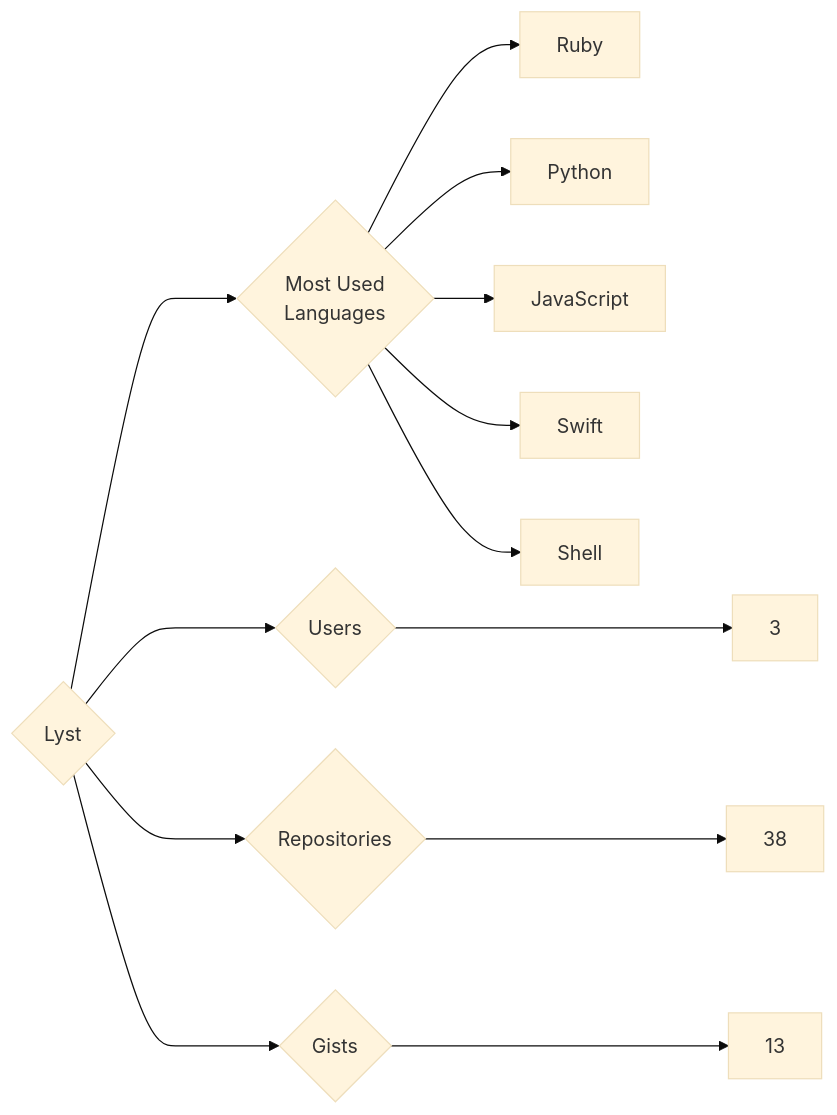
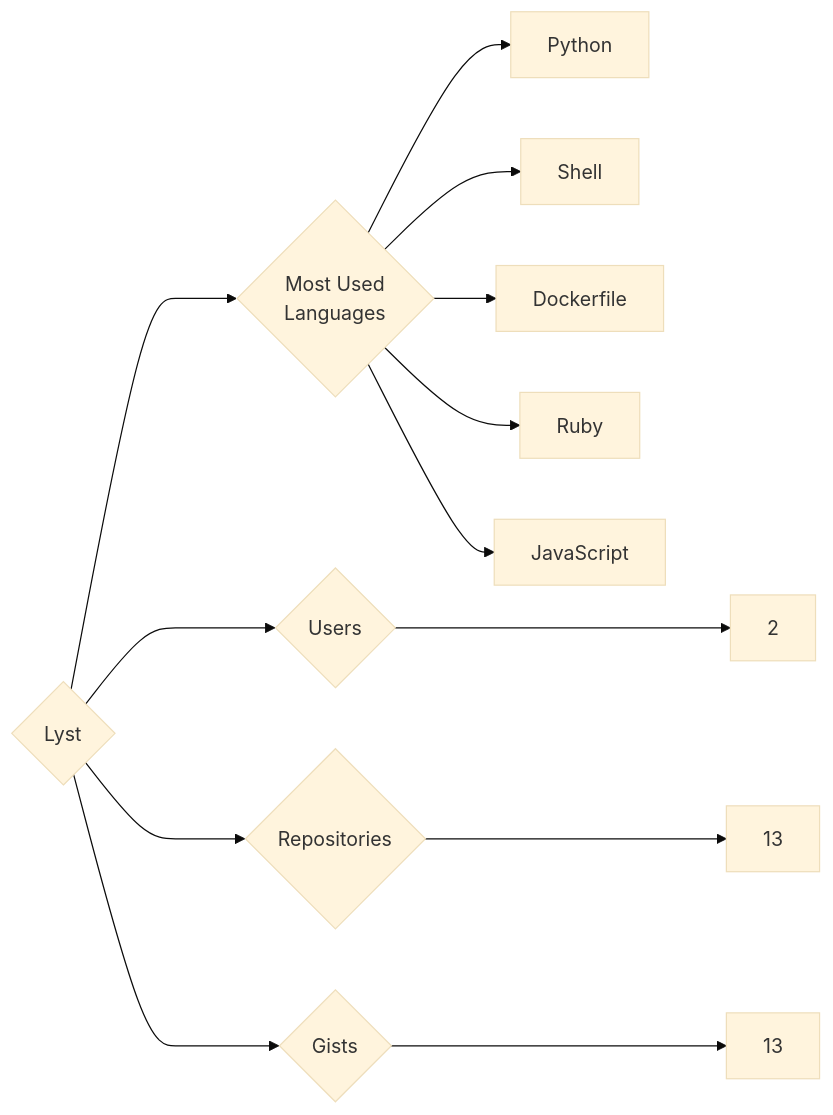
One commit to trickest/insiders changed the diagram in targets/Lyst/README.md. Above: the diagram before and after it, drawn with Mermaid (base theme). The commit also changed 934 other files, not shown here.

````diff
--- a/targets/Lyst/README.md
+++ b/targets/Lyst/README.md
@@ -3,13 +3,13 @@
 ```mermaid
 graph LR
 COMPANY_NAME{Lyst}
-COMPANY_NAME ---> U{Users} ---> UN[3]
-COMPANY_NAME ---> R{Repositories} ---> RN[38]
+COMPANY_NAME ---> U{Users} ---> UN[2]
+COMPANY_NAME ---> R{Repositories} ---> RN[13]
 COMPANY_NAME ---> G{Gists} ---> GN[13]
 COMPANY_NAME ---> ML{Most Used<br>Languages}
+ML --> Python[Python]
+ML --> Shell[Shell]
+ML --> Dockerfile[Dockerfile]
 ML --> Ruby[Ruby]
-ML --> Python[Python]
 ML --> JavaScript[JavaScript]
-ML --> Swift[Swift]
-ML --> Shell[Shell]
 ```
````
